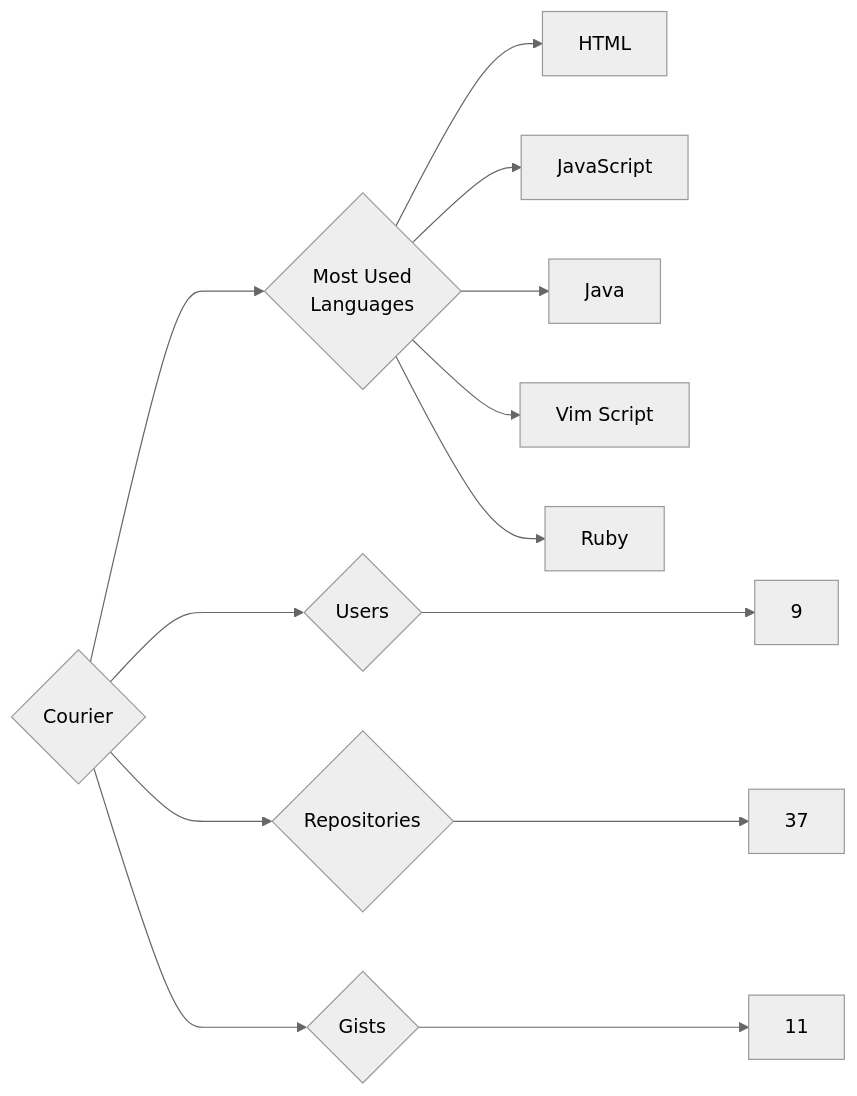
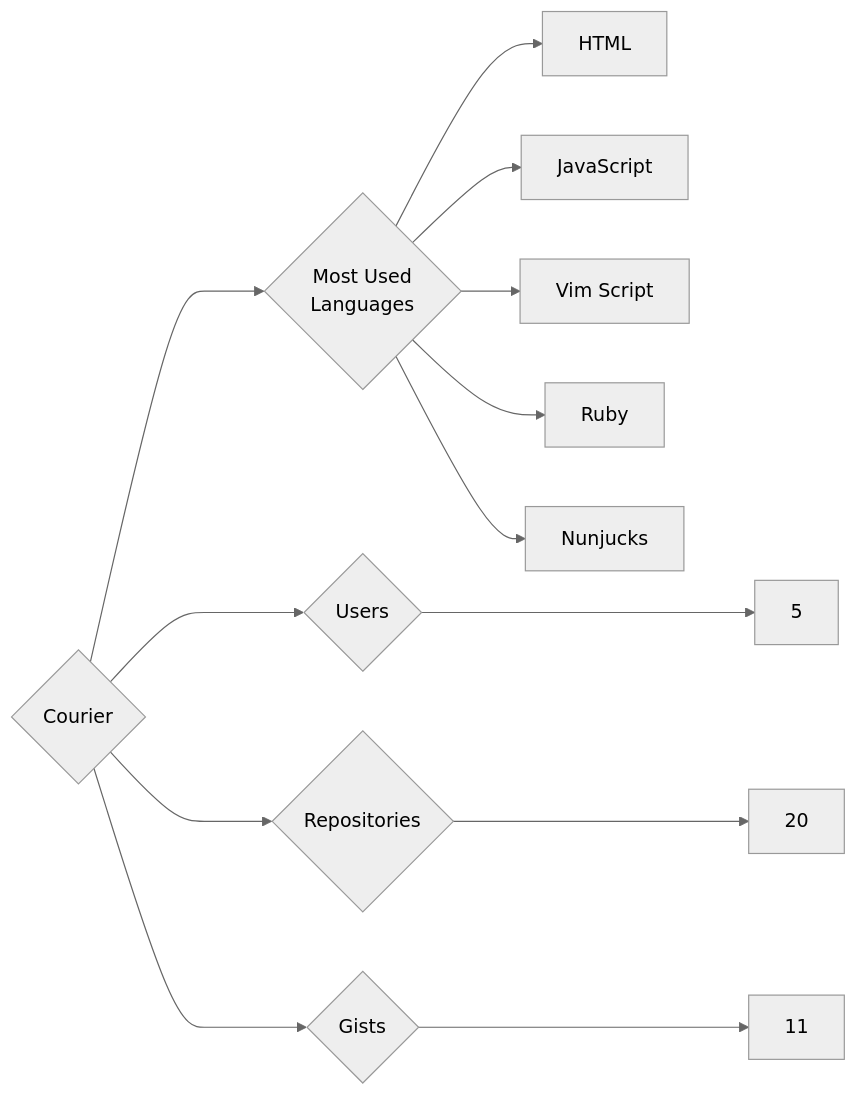
One commit to trickest/insiders changed the diagram in targets/Courier/README.md. Above: the diagram before and after it, drawn with Mermaid (neutral theme). The commit also changed 723 other files, not shown here.

````diff
--- a/targets/Courier/README.md
+++ b/targets/Courier/README.md
@@ -3,13 +3,13 @@
 ```mermaid
 graph LR
 COMPANY_NAME{Courier}
-COMPANY_NAME ---> U{Users} ---> UN[9]
-COMPANY_NAME ---> R{Repositories} ---> RN[37]
+COMPANY_NAME ---> U{Users} ---> UN[5]
+COMPANY_NAME ---> R{Repositories} ---> RN[20]
 COMPANY_NAME ---> G{Gists} ---> GN[11]
 COMPANY_NAME ---> ML{Most Used<br>Languages}
 ML --> HTML[HTML]
 ML --> JavaScript[JavaScript]
-ML --> Java[Java]
 ML --> Vim_Script[Vim Script]
 ML --> Ruby[Ruby]
+ML --> Nunjucks[Nunjucks]
 ```
````
